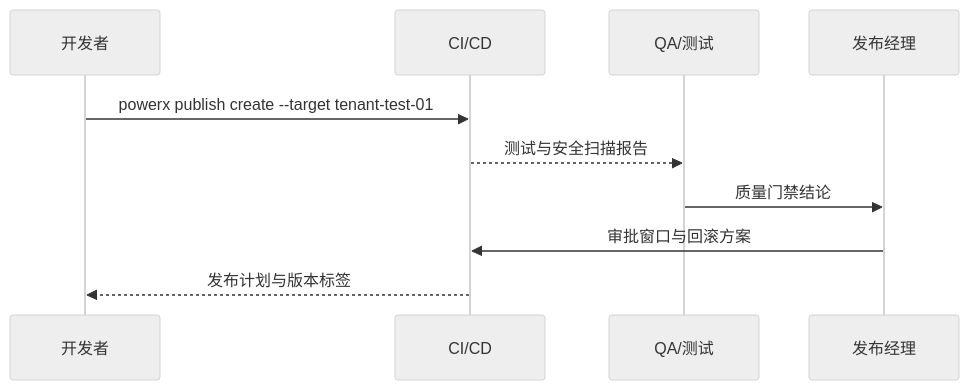
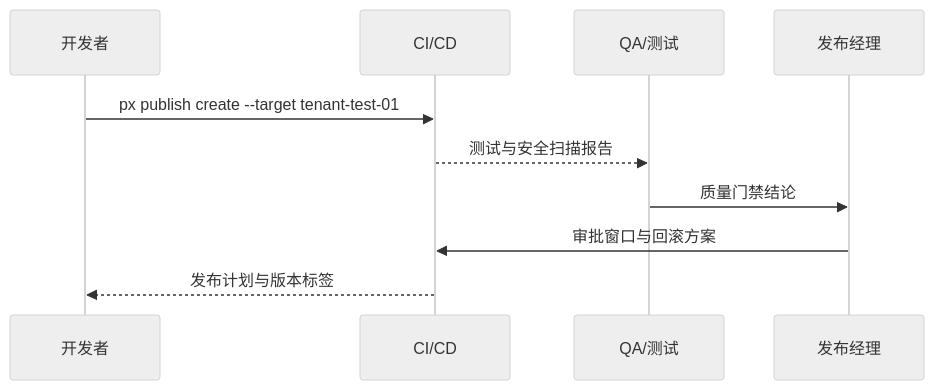
The diagram in docs/use_cases/_from_hub/SCN-DEV-PLUGIN-PUBLISH-001/SCN-DEV-PLUGIN-RELEASE-APPROVAL-001.md (ArtisanCloud/PowerX), drawn with Mermaid (neutral theme) before and after one commit. The commit also changed other lines of this file and 64 other files, not shown here.

````diff
--- a/docs/use_cases/_from_hub/SCN-DEV-PLUGIN-PUBLISH-001/SCN-DEV-PLUGIN-RELEASE-APPROVAL-001.md
+++ b/docs/use_cases/_from_hub/SCN-DEV-PLUGIN-PUBLISH-001/SCN-DEV-PLUGIN-RELEASE-APPROVAL-001.md
@@ -57,13 +57,13 @@
 ```mermaid
 sequenceDiagram
   participant Dev as 开发者
   participant CI as CI/CD
   participant QA as QA/测试
   participant Ops as 发布经理
 
-  Dev->>CI: powerx publish create --target tenant-test-01
+  Dev->>CI: px publish create --target tenant-test-01
   CI-->>QA: 测试与安全扫描报告
   QA->>Ops: 质量门禁结论
   Ops->>CI: 审批窗口与回滚方案
   CI-->>Dev: 发布计划与版本标签
 ```
````
